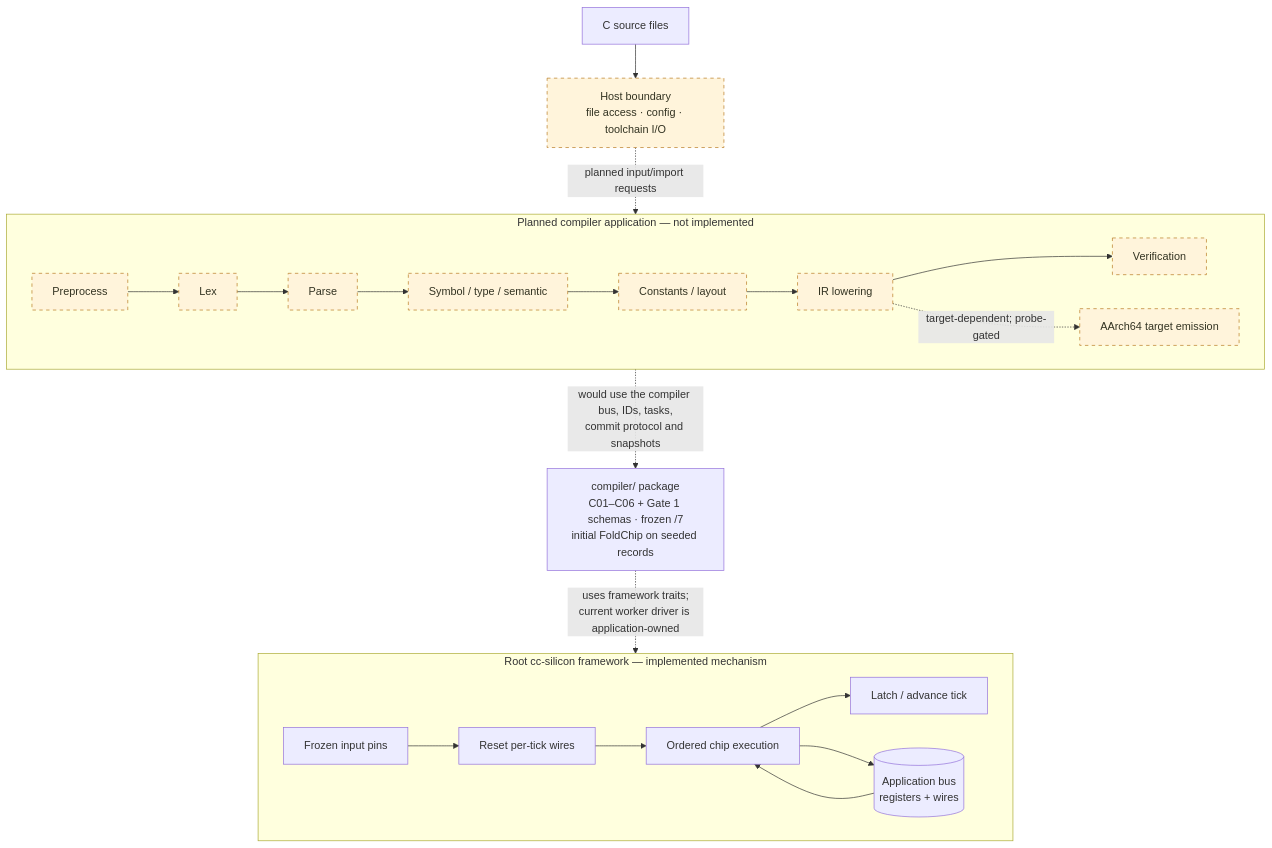
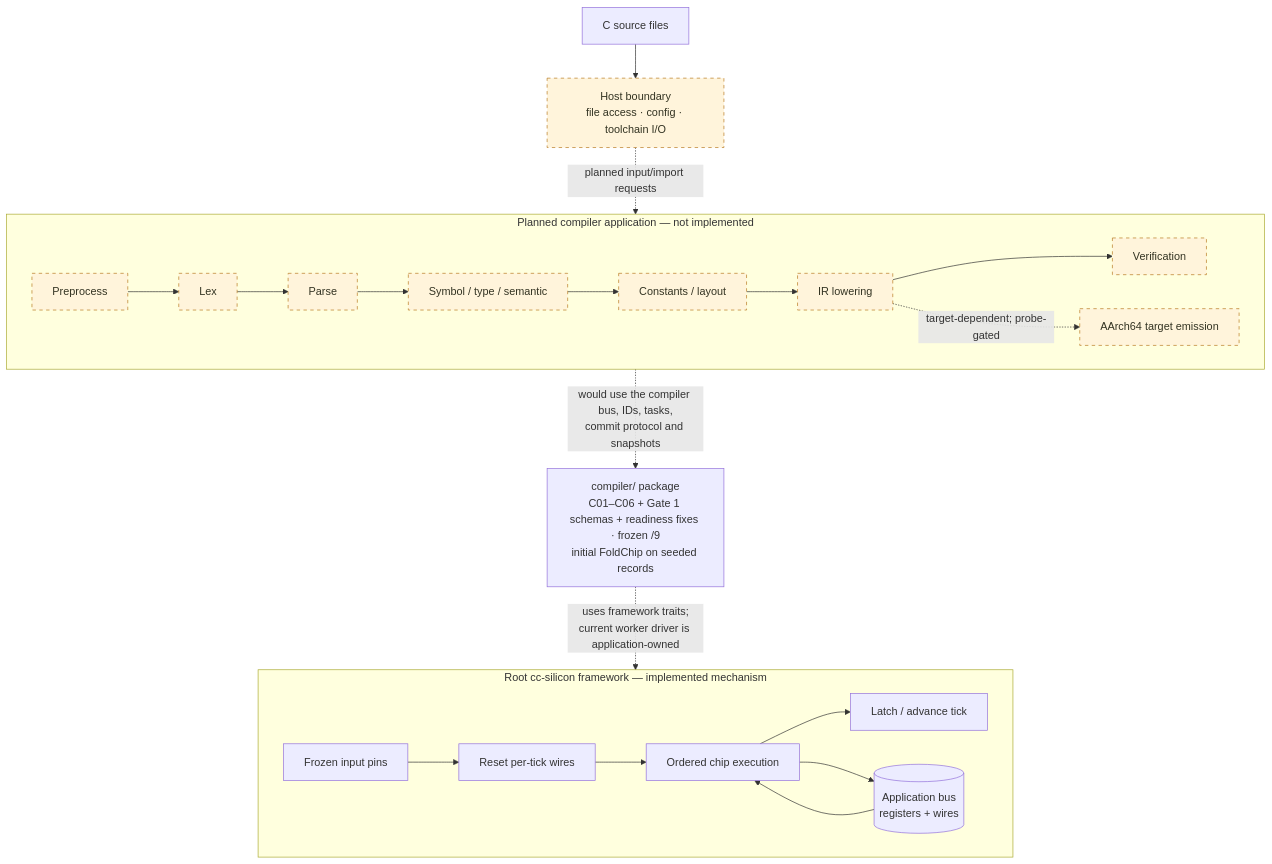
Before and after one commit to immane/cc-silicon: the first of 2 diagrams in README.md, drawn with Mermaid. The commit also changed other lines of this file and 26 other files, not shown here.

First line of the commit message:
feat: add t01-c01-c06/9 pre-chip readiness fixes

````diff
--- a/README.md
+++ b/README.md
@@ -130,28 +130,28 @@
 ```mermaid
 flowchart TB
     SRC["C source files"] --> HOST["Host boundary<br/>file access · config · toolchain I/O"]
     HOST -. "planned input/import requests" .-> PIPE
 
     subgraph PIPE["Planned compiler application — not implemented"]
         direction LR
         PP["Preprocess"] --> LEX["Lex"] --> PARSE["Parse"] --> SEM["Symbol / type / semantic"]
         SEM --> CONST["Constants / layout"] --> IR["IR lowering"] --> VERIFY["Verification"]
         IR -. "target-dependent; probe-gated" .-> TARGET["AArch64 target emission"]
     end
 
-    FOUNDATION["compiler/ package<br/>C01–C06 + Gate 1 schemas · frozen /7<br/>initial FoldChip on seeded records"]
+    FOUNDATION["compiler/ package<br/>C01–C06 + Gate 1 schemas + readiness fixes · frozen /9<br/>initial FoldChip on seeded records"]
     PIPE -. "would use the compiler bus, IDs, tasks,<br/>commit protocol and snapshots" .-> FOUNDATION
 
     subgraph RUNTIME["Root cc-silicon framework — implemented mechanism"]
         direction LR
         PINS["Frozen input pins"] --> RESET["Reset per-tick wires"] --> CHIPS["Ordered chip execution"]
         CHIPS --> LATCH["Latch / advance tick"]
         BUS[("Application bus<br/>registers + wires")]
         BUS --> CHIPS
         CHIPS --> BUS
     end
     FOUNDATION -. "uses framework traits;<br/>current worker driver is application-owned" .-> RUNTIME
 
     classDef planned fill:#fff4db,stroke:#b7791f,stroke-dasharray:5 5,color:#332;
     class PP,LEX,PARSE,SEM,CONST,IR,VERIFY,TARGET,HOST planned;
 ```
````
